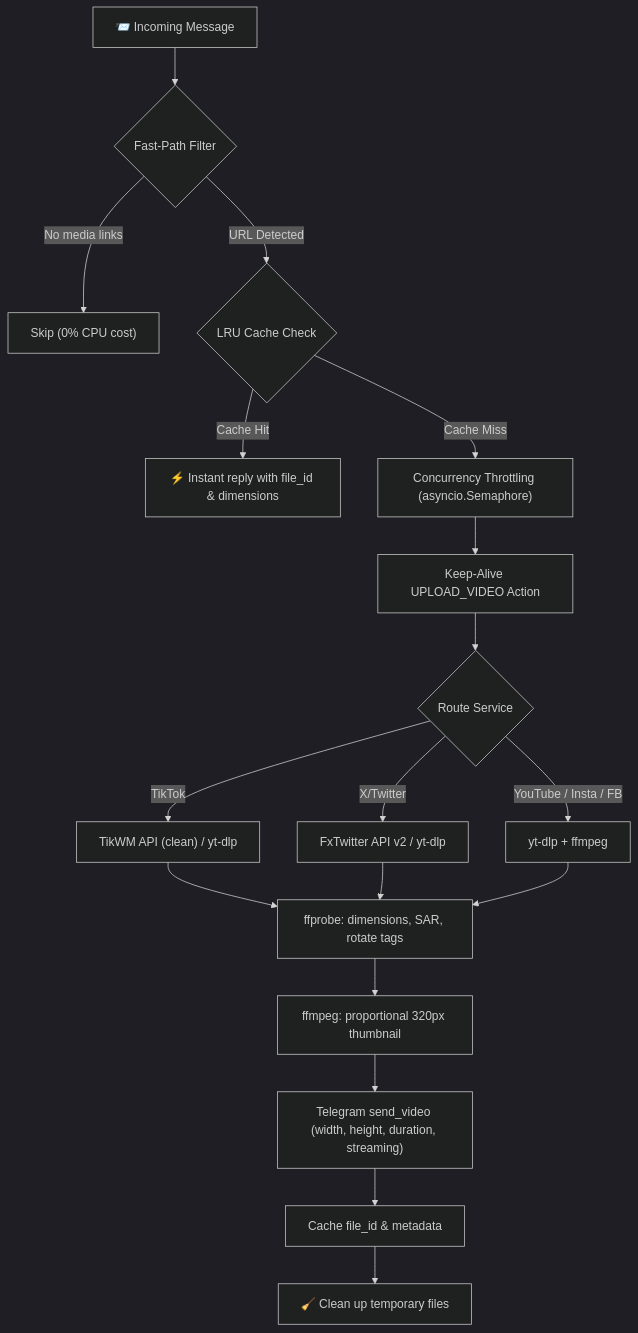
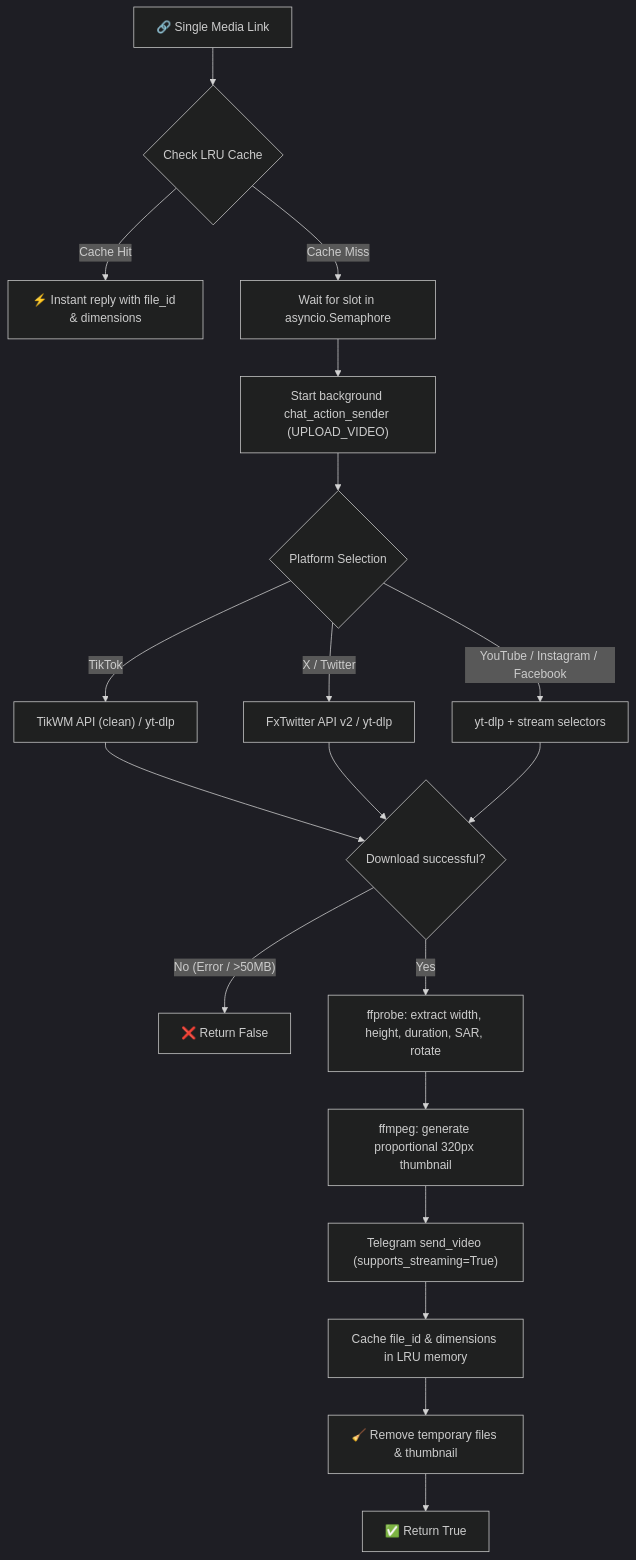
Before and after one commit to vbazavliuk/Relay: the sixth of 8 diagrams in README.md, drawn with Mermaid (dark theme). The commit also changed other lines of this file and 5 other files, not shown here.

Commit message:
feat: add multi-link batch processing, clean chat mode, updated docker and bilingual docs

````diff
--- a/README.md
+++ b/README.md
@@ -183,18 +303,19 @@
 ```mermaid
 flowchart TD
-    A["📨 Incoming Message"] --> B{"Fast-Path Filter"}
-    B -- "No media links" --> C["Skip (0% CPU cost)"]
-    B -- "URL Detected" --> D{"LRU Cache Check"}
-    D -- "Cache Hit" --> E["⚡ Instant reply with file_id & dimensions"]
-    D -- "Cache Miss" --> F["Concurrency Throttling (asyncio.Semaphore)"]
-    F --> G["Keep-Alive UPLOAD_VIDEO Action"]
-    G --> H{"Route Service"}
-    H -- TikTok --> I["TikWM API (clean) / yt-dlp"]
-    H -- X/Twitter --> J["FxTwitter API v2 / yt-dlp"]
-    H -- YouTube / Insta / FB --> K["yt-dlp + ffmpeg"]
-    I & J & K --> L["ffprobe: dimensions, SAR, rotate tags"]
-    L --> M["ffmpeg: proportional 320px thumbnail"]
-    M --> N["Telegram send_video (width, height, duration, streaming)"]
-    N --> O["Cache file_id & metadata"]
-    O --> P["🧹 Clean up temporary files"]
+    A["🔗 Single Media Link"] --> B{"Check LRU Cache"}
+    B -- "Cache Hit" --> C["⚡ Instant reply with file_id & dimensions"]
+    B -- "Cache Miss" --> D["Wait for slot in asyncio.Semaphore"]
+    D --> E["Start background chat_action_sender (UPLOAD_VIDEO)"]
+    E --> F{"Platform Selection"}
+    F -- "TikTok" --> G["TikWM API (clean) / yt-dlp"]
+    F -- "X / Twitter" --> H["FxTwitter API v2 / yt-dlp"]
+    F -- "YouTube / Instagram / Facebook" --> I["yt-dlp + stream selectors"]
+    G & H & I --> J{"Download successful?"}
+    J -- "No (Error / >50MB)" --> K["❌ Return False"]
+    J -- "Yes" --> L["ffprobe: extract width, height, duration, SAR, rotate"]
+    L --> M["ffmpeg: generate proportional 320px thumbnail"]
+    M --> N["Telegram send_video (supports_streaming=True)"]
+    N --> O["Cache file_id & dimensions in LRU memory"]
+    O --> P["🧹 Remove temporary files & thumbnail"]
+    P --> Q["✅ Return True"]
 ```
````
